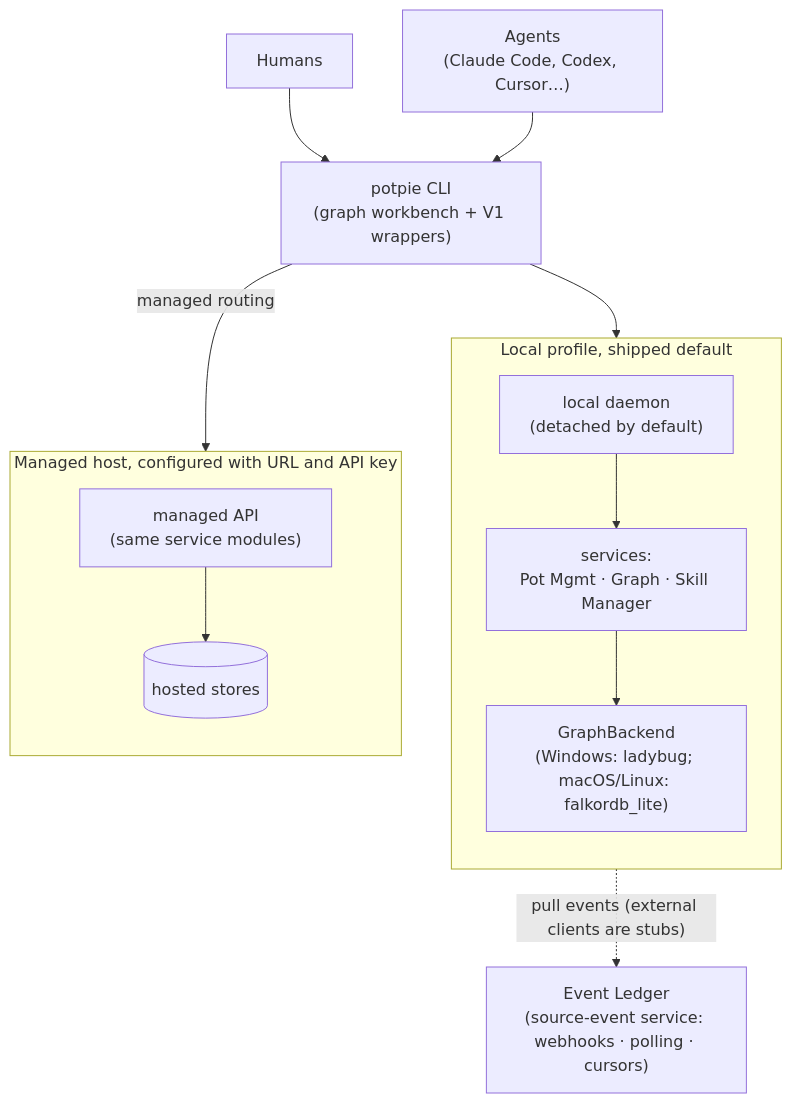
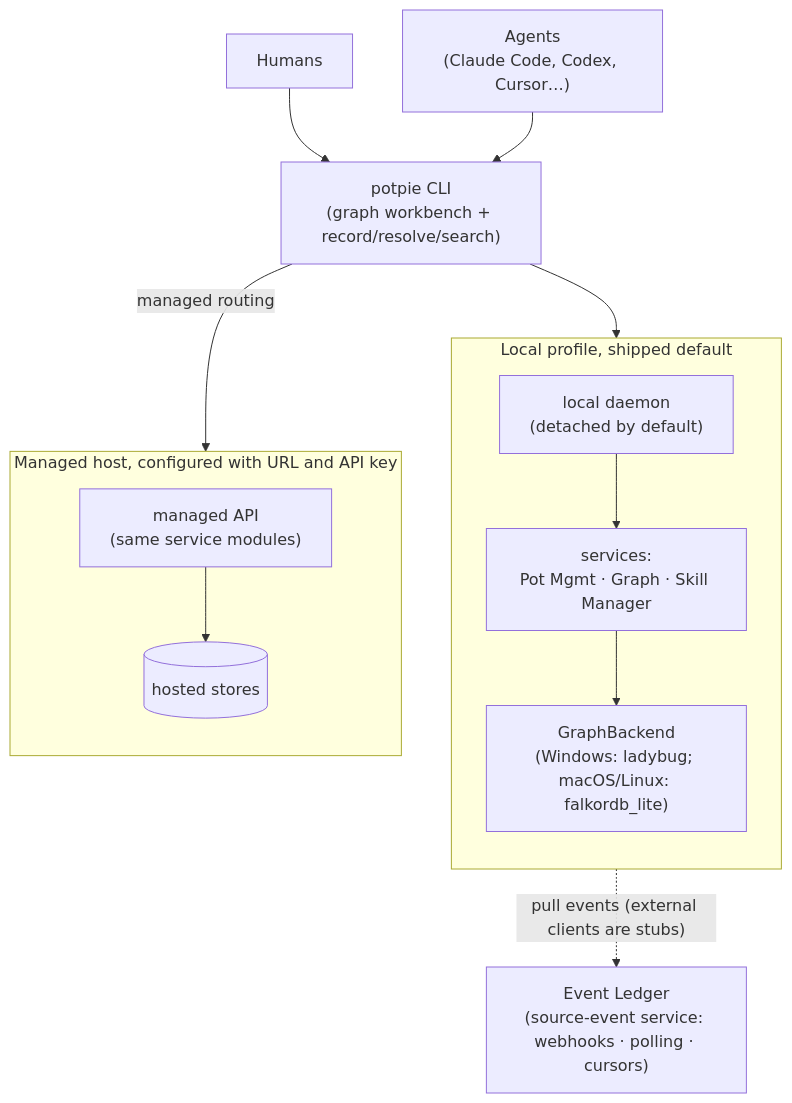
The diagram in docs/context-graph/index.md (potpie-ai/potpie), drawn with Mermaid before and after one commit. The commit also changed other lines of this file and 759 other files, not shown here.

````diff
--- a/docs/context-graph/index.md
+++ b/docs/context-graph/index.md
@@ -18,30 +18,30 @@
 ```mermaid
 flowchart TB
   cg_human["Humans"]
   cg_agent["Agents<br/>(Claude Code, Codex, Cursor…)"]
-  cg_cli["potpie CLI<br/>(graph workbench + V1 wrappers)"]
+  cg_cli["potpie CLI<br/>(graph workbench + record/resolve/search)"]
 
   cg_human --> cg_cli
   cg_agent --> cg_cli
 
   subgraph cg_local["Local profile, shipped default"]
     direction TB
     cg_daemon["local daemon<br/>(detached by default)"]
     cg_services["services:<br/>Pot Mgmt · Graph · Skill Manager"]
     cg_backend["GraphBackend<br/>(Windows: ladybug; macOS/Linux: falkordb_lite)"]
     cg_daemon --> cg_services --> cg_backend
   end
 
   subgraph cg_managed["Managed host, configured with URL and API key"]
     direction TB
     cg_api["managed API<br/>(same service modules)"]
     cg_hosted[("hosted stores")]
     cg_api --> cg_hosted
   end
 
   cg_ledger["Event Ledger<br/>(source-event service: webhooks · polling · cursors)"]
 
   cg_cli --> cg_daemon
   cg_cli -->|"managed routing"| cg_api
   cg_services -. "pull events (external clients are stubs)" .-> cg_ledger
 ```
````
